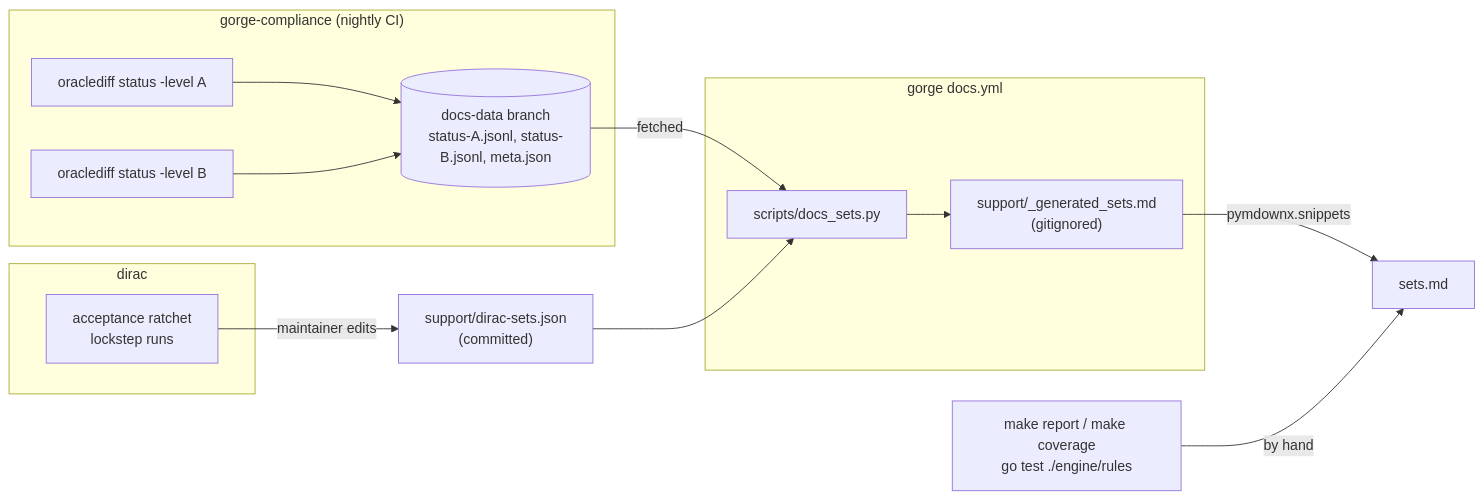
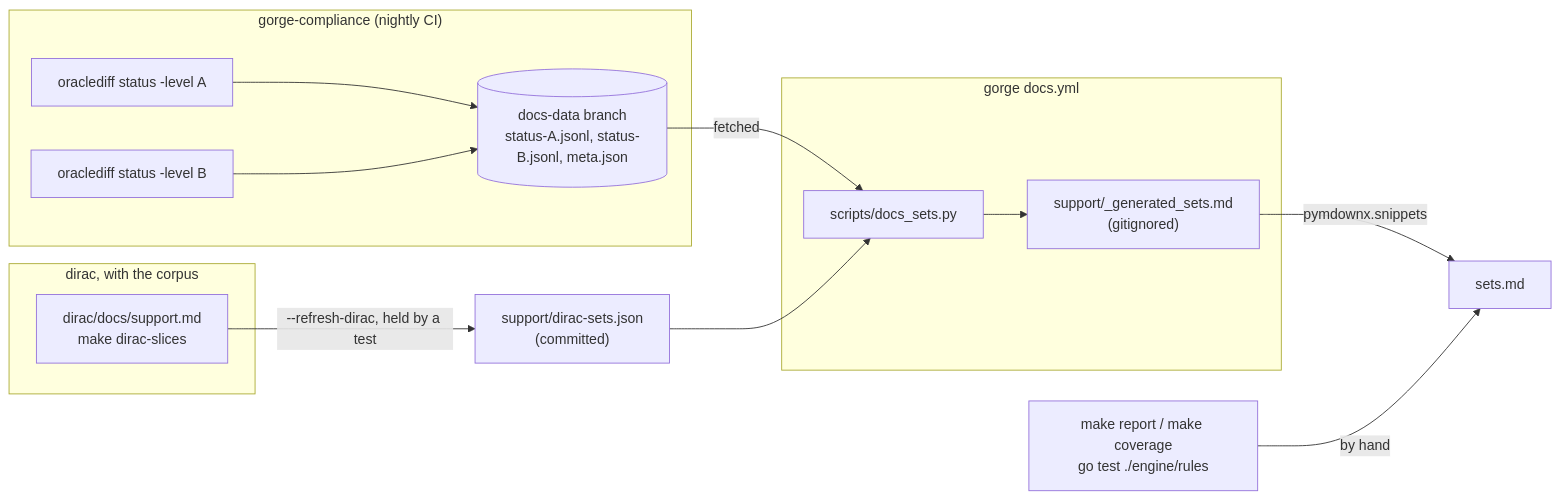
One commit to adams-shaun/gorge changed the diagram in docs/site/support/regenerating.md. Above: the diagram before and after it, drawn with Mermaid. The commit also changed 2 other files, not shown here.

Commit message:
docs(performance): dirac's rows wait on a fresh measurement at the published revision
Every gorge and dirac figure the launch re-measures becomes a named placeholder.
Rows that can't be reproduced from this repository say so.

````diff
--- a/docs/site/support/regenerating.md
+++ b/docs/site/support/regenerating.md
@@ -22,18 +22,18 @@
 ```mermaid
 flowchart LR
   subgraph gc["gorge-compliance (nightly CI)"]
     SA["oraclediff status -level A"] --> DD[("docs-data branch<br/>status-A.jsonl, status-B.jsonl, meta.json")]
     SB["oraclediff status -level B"] --> DD
   end
-  subgraph priv["dirac"]
-    RK["acceptance ratchet<br/>lockstep runs"]
+  subgraph dirac["dirac, with the corpus"]
+    RK["dirac/docs/support.md<br/>make dirac-slices"]
   end
-  RK -->|"maintainer edits"| SNAP["support/dirac-sets.json<br/>(committed)"]
+  RK -->|"--refresh-dirac, held by a test"| SNAP["support/dirac-sets.json<br/>(committed)"]
   subgraph build["gorge docs.yml"]
     DS["scripts/docs_sets.py"] --> FR["support/_generated_sets.md<br/>(gitignored)"]
   end
   DD -->|fetched| DS
   SNAP --> DS
   FR -->|"pymdownx.snippets"| SETS["sets.md"]
   R["make report / make coverage<br/>go test ./engine/rules"] -->|"by hand"| SETS
 ```
````
